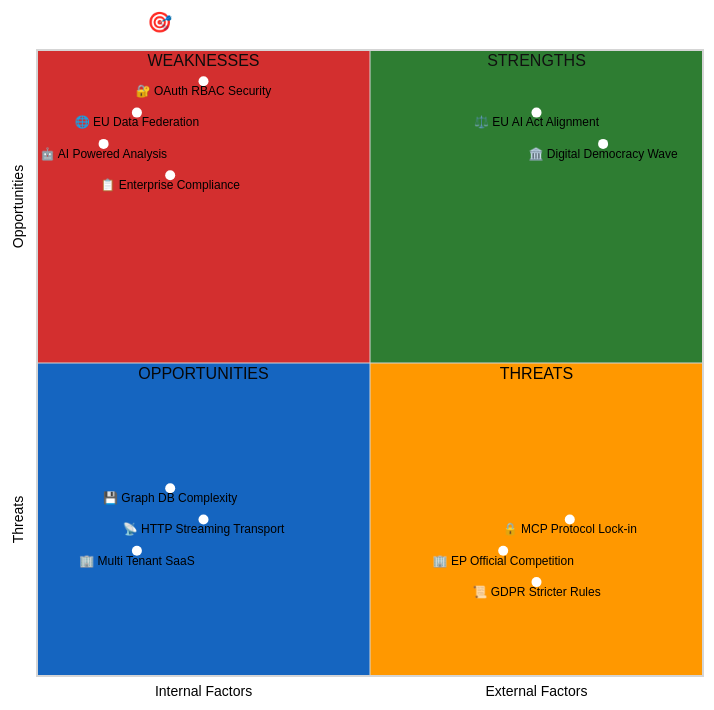
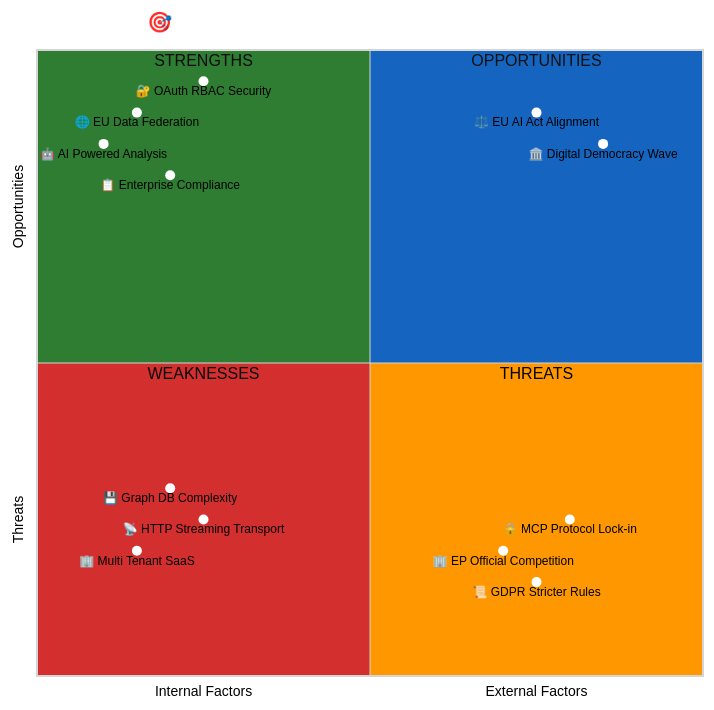
Before and after one commit to Hack23/European-Parliament-MCP-Server: the diagram in docs/api-markdown/_media/FUTURE_SWOT.md, drawn with Mermaid. The commit also changed 14 other files, not shown here.

````diff
--- a/docs/api-markdown/_media/FUTURE_SWOT.md
+++ b/docs/api-markdown/_media/FUTURE_SWOT.md
@@ -55,45 +55,45 @@
 ```mermaid
 %%{init: {
   "theme": "neutral",
   "themeVariables": {
-    "quadrant1Fill": "#2E7D32",
-    "quadrant2Fill": "#D32F2F",
-    "quadrant3Fill": "#1565C0",
+    "quadrant1Fill": "#1565C0",
+    "quadrant2Fill": "#2E7D32",
+    "quadrant3Fill": "#D32F2F",
     "quadrant4Fill": "#FF9800",
     "quadrantTitleFill": "#ffffff",
     "quadrantPointFill": "#ffffff",
     "quadrantPointTextFill": "#000000",
     "quadrantXAxisTextFill": "#000000",
     "quadrantYAxisTextFill": "#000000"
   },
   "quadrantChart": {
     "chartWidth": 700,
     "chartHeight": 700,
     "pointLabelFontSize": 12,
     "titleFontSize": 20,
     "quadrantLabelFontSize": 16,
     "xAxisLabelFontSize": 14,
     "yAxisLabelFontSize": 14
   }
 }}%%
 quadrantChart
     title 🎯 EP MCP Server v2.0 Future SWOT Analysis
     x-axis Internal Factors --> External Factors
     y-axis Threats --> Opportunities
-    quadrant-1 STRENGTHS
-    quadrant-2 WEAKNESSES
-    quadrant-3 OPPORTUNITIES
+    quadrant-1 OPPORTUNITIES
+    quadrant-2 STRENGTHS
+    quadrant-3 WEAKNESSES
     quadrant-4 THREATS
     "🌐 EU Data Federation": [0.15, 0.90]
     "🔐 OAuth RBAC Security": [0.25, 0.95]
     "🤖 AI Powered Analysis": [0.10, 0.85]
     "📋 Enterprise Compliance": [0.20, 0.80]
     "📡 HTTP Streaming Transport": [0.25, 0.25]
     "🏢 Multi Tenant SaaS": [0.15, 0.20]
     "⚖️ EU AI Act Alignment": [0.75, 0.90]
     "🏛️ Digital Democracy Wave": [0.85, 0.85]
     "🏢 EP Official Competition": [0.70, 0.20]
     "🔒 MCP Protocol Lock-in": [0.80, 0.25]
     "📜 GDPR Stricter Rules": [0.75, 0.15]
     "💾 Graph DB Complexity": [0.20, 0.30]
 ```
````
